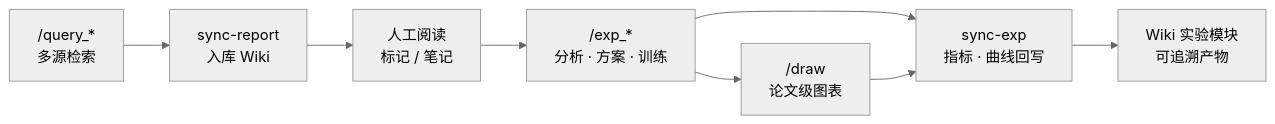
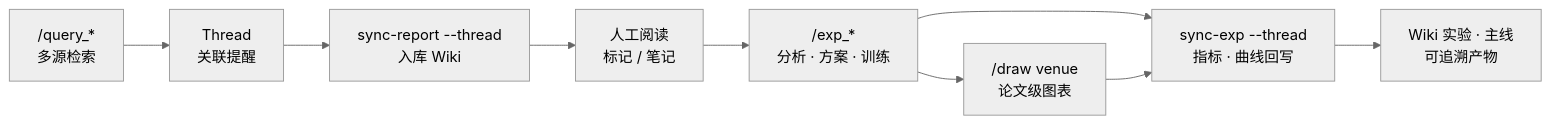
One commit to QinHsiu/Paper_Rec_Skill changed the diagram in README.md. Above: the diagram before and after it, drawn with Mermaid (neutral theme). The commit also changed other lines of this file and 63 other files, not shown here.

First line of the commit message:
release 2.8.0: Cognitive Thread A–D (memory, delta, MCP, venue styles)

````diff
--- a/README.md
+++ b/README.md
@@ -45,10 +47,11 @@
 ```mermaid
 flowchart LR
-  A["/query_*<br/>多源检索"] --> B["sync-report<br/>入库 Wiki"]
+  A["/query_*<br/>多源检索"] --> T["Thread<br/>关联提醒"]
+  T --> B["sync-report --thread<br/>入库 Wiki"]
   B --> C["人工阅读<br/>标记 / 笔记"]
   C --> D["/exp_*<br/>分析 · 方案 · 训练"]
-  D --> G["/draw<br/>论文级图表"]
-  D --> E["sync-exp<br/>指标 · 曲线回写"]
+  D --> G["/draw venue<br/>论文级图表"]
+  D --> E["sync-exp --thread<br/>指标 · 曲线回写"]
   G --> E
-  E --> F["Wiki 实验模块<br/>可追溯产物"]
+  E --> F["Wiki 实验 · 主线<br/>可追溯产物"]
 ```
````
